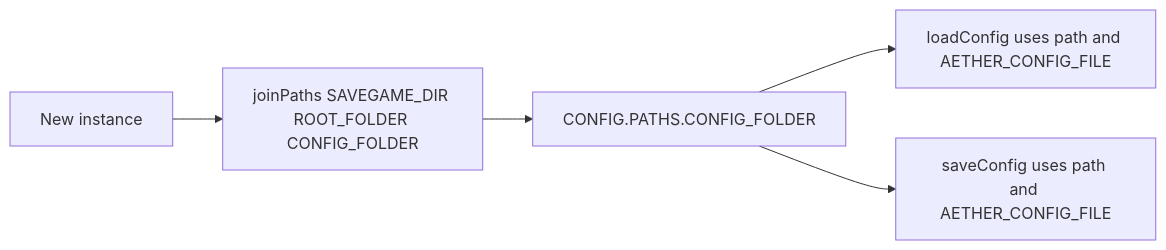
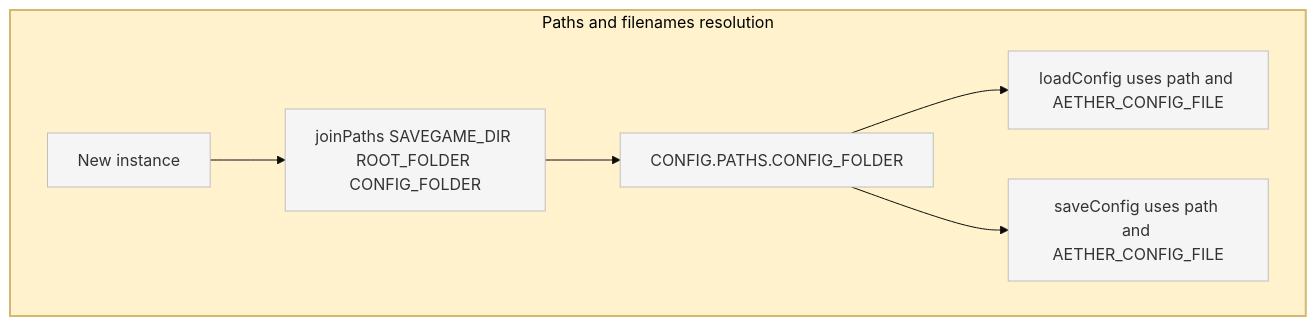
One commit to Gh0st352/AETHR changed the third of 4 diagrams in docs/config/README.md. Above: the diagram before and after it, drawn with Mermaid. The commit also changed other lines of this file and 8 other files, not shown here.

First line of the commit message:
docs(config): enhance Mermaid diagrams with theme/layout

````diff
--- a/docs/config/README.md
+++ b/docs/config/README.md
@@ -55,7 +65,14 @@
 ```mermaid
-flowchart LR
-  N[New instance] --> JP[joinPaths SAVEGAME_DIR ROOT_FOLDER CONFIG_FOLDER]
-  JP --> CF[CONFIG.PATHS.CONFIG_FOLDER]
-  CF --> L1[loadConfig uses path and AETHER_CONFIG_FILE]
-  CF --> S1[saveConfig uses path and AETHER_CONFIG_FILE]
+%%{init: {"theme":"base", "themeVariables":{"primaryColor":"#f5f5f5"}}}%%
+flowchart TB
+  subgraph PATHS_FLOW [Paths and filenames resolution]
+    style PATHS_FLOW fill:#fff2cc,stroke:#d4b86f,stroke-width:2px
+    N[New instance] --> JP[joinPaths SAVEGAME_DIR ROOT_FOLDER CONFIG_FOLDER]
+    JP --> CF[CONFIG.PATHS.CONFIG_FOLDER]
+    CF --> L1[loadConfig uses path and AETHER_CONFIG_FILE]
+    CF --> S1[saveConfig uses path and AETHER_CONFIG_FILE]
+  end
+
+  classDef node fill:#f5f5f5,stroke:#bfbfbf
+  class N,JP,CF,L1,S1 node
 ```
````
